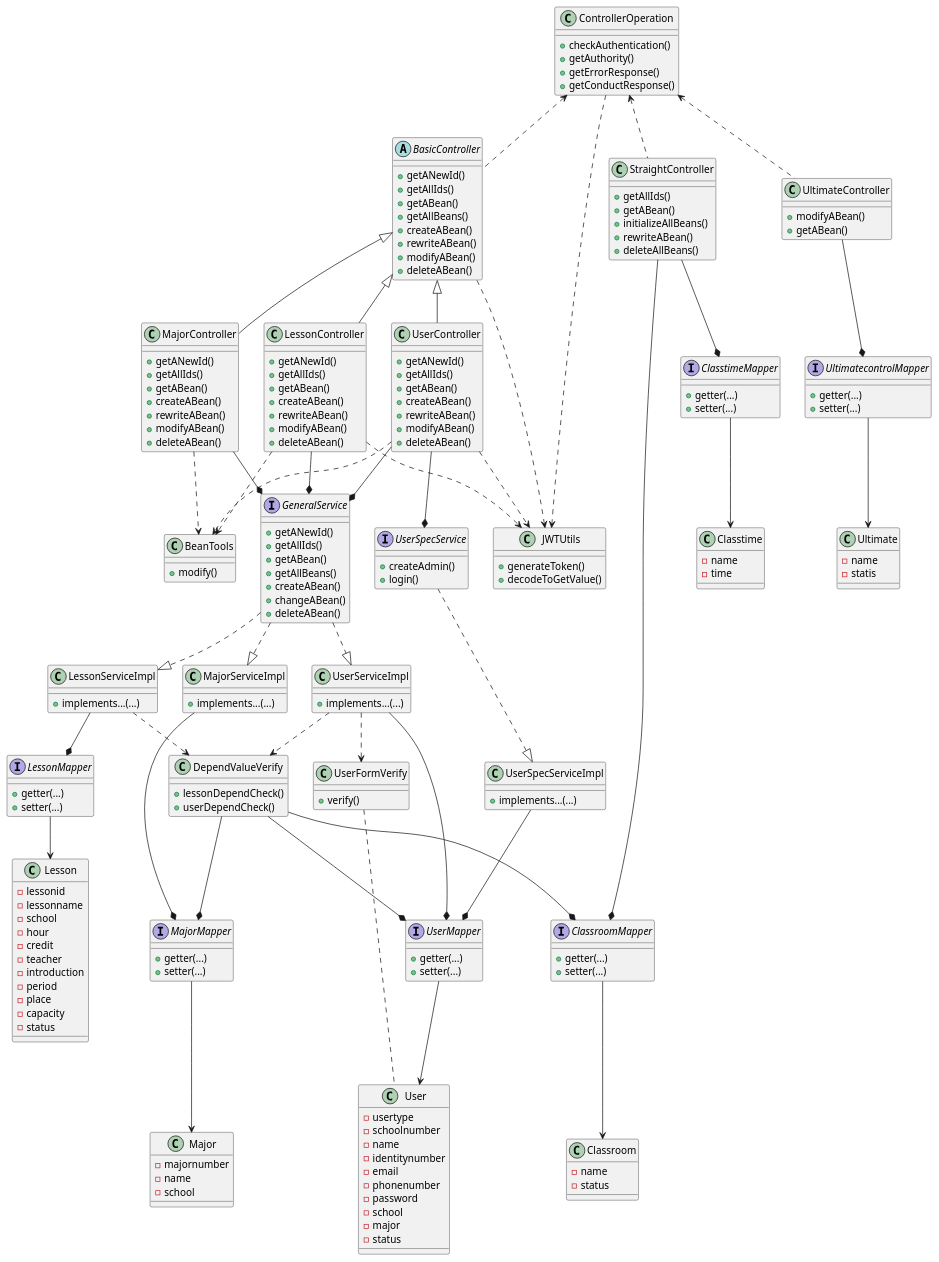
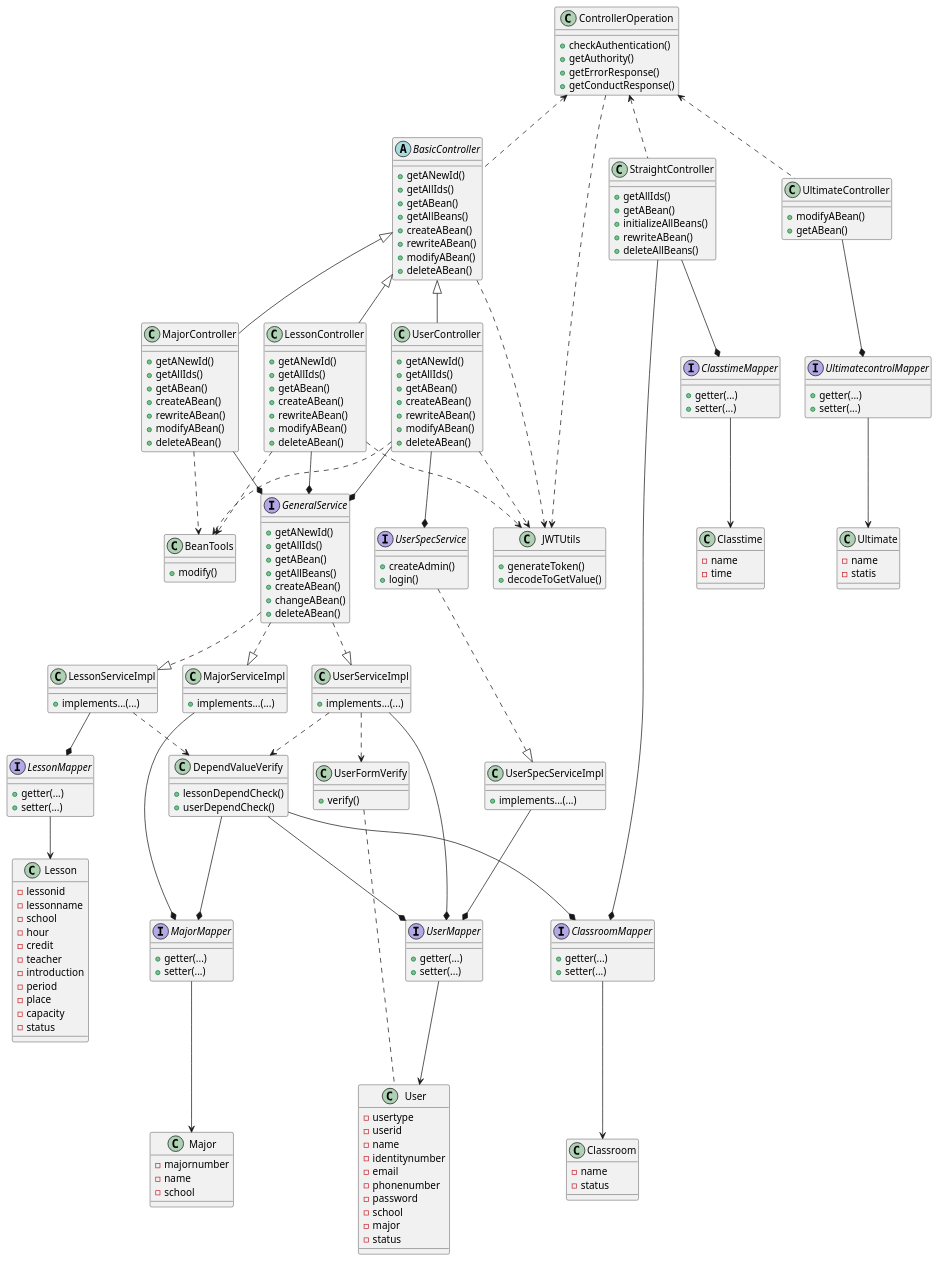
Before and after one commit to CodingZn/SEPJ_2022spring-backend: the diagram in src/main/resources/diagram/Class UML with method.puml, drawn with PlantUML. The commit also changed 4 other files, not shown here.

```diff
--- a/src/main/resources/diagram/Class UML with method.puml
+++ b/src/main/resources/diagram/Class UML with method.puml
@@ -181,7 +181,7 @@
 class User
 {
 - usertype
-- schoolnumber
+- userid
 - name
 - identitynumber
 - email
```
